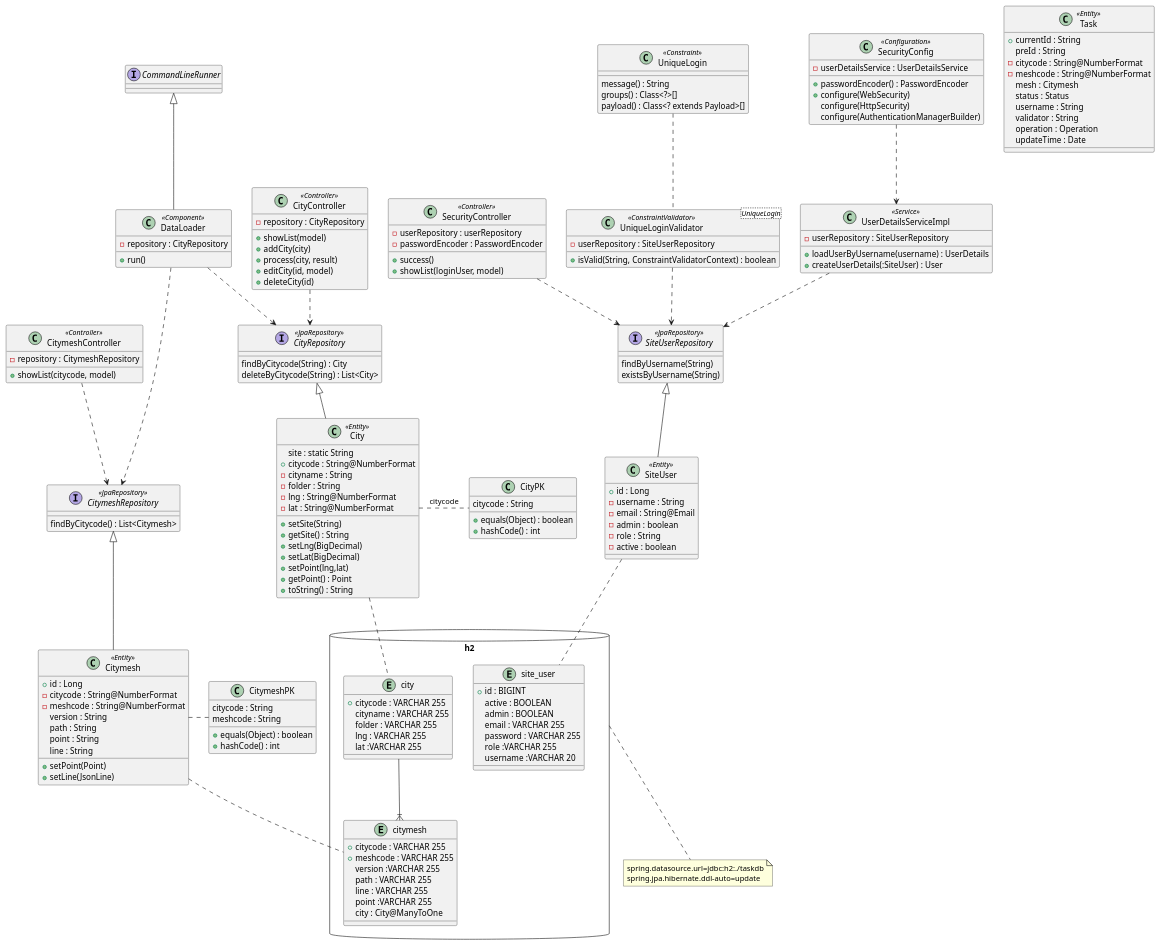
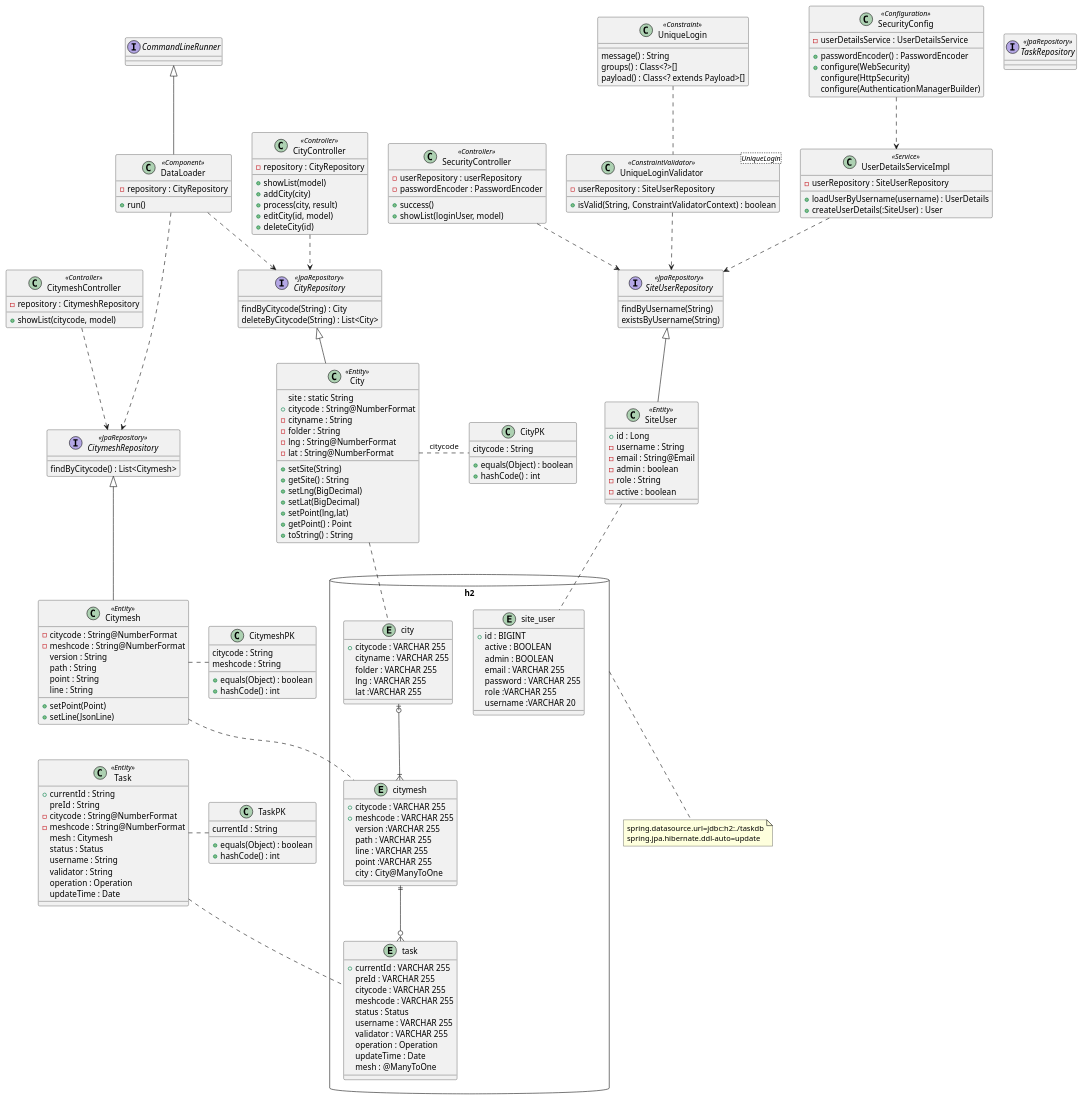
One commit to yuuhayashi/task-bldg changed the diagram in class.pu. Above: the diagram before and after it, drawn with PlantUML. The commit also changed 24 other files, not shown here.

```diff
--- a/class.pu
+++ b/class.pu
@@ -28,7 +28,22 @@
 		point :VARCHAR 255
 		city : City@ManyToOne
 	}
-	city --|{ citymesh
+
+	city |o--|{ citymesh
+	
+	entity task {
+		+currentId : VARCHAR 255
+		preId : VARCHAR 255
+		citycode : VARCHAR 255
+		meshcode : VARCHAR 255
+		status : Status
+		username : VARCHAR 255
+		validator : VARCHAR 255
+		operation : Operation
+		updateTime : Date
+		mesh : @ManyToOne
+	}
+	citymesh ||--o{ task
 }
 note bottom of db : spring.datasource.url=jdbc:h2:./taskdb\nspring.jpa.hibernate.ddl-auto=update
 
@@ -137,7 +152,6 @@
 CitymeshRepository <|-- Citymesh
 
 class Citymesh <<Entity>> {
-  + id : Long
   - citycode : String@NumberFormat
   - meshcode : String@NumberFormat
   version : String
@@ -168,6 +182,18 @@
   operation : Operation
   updateTime : Date
 }
+class TaskPK {
+	currentId : String
+	+ equals(Object) : boolean
+	+ hashCode() : int
+}
+
+Task .. task
+Task . TaskPK
+
+interface TaskRepository <<JpaRepository>> {
+}
+
 
 interface CommandLineRunner
 
```
